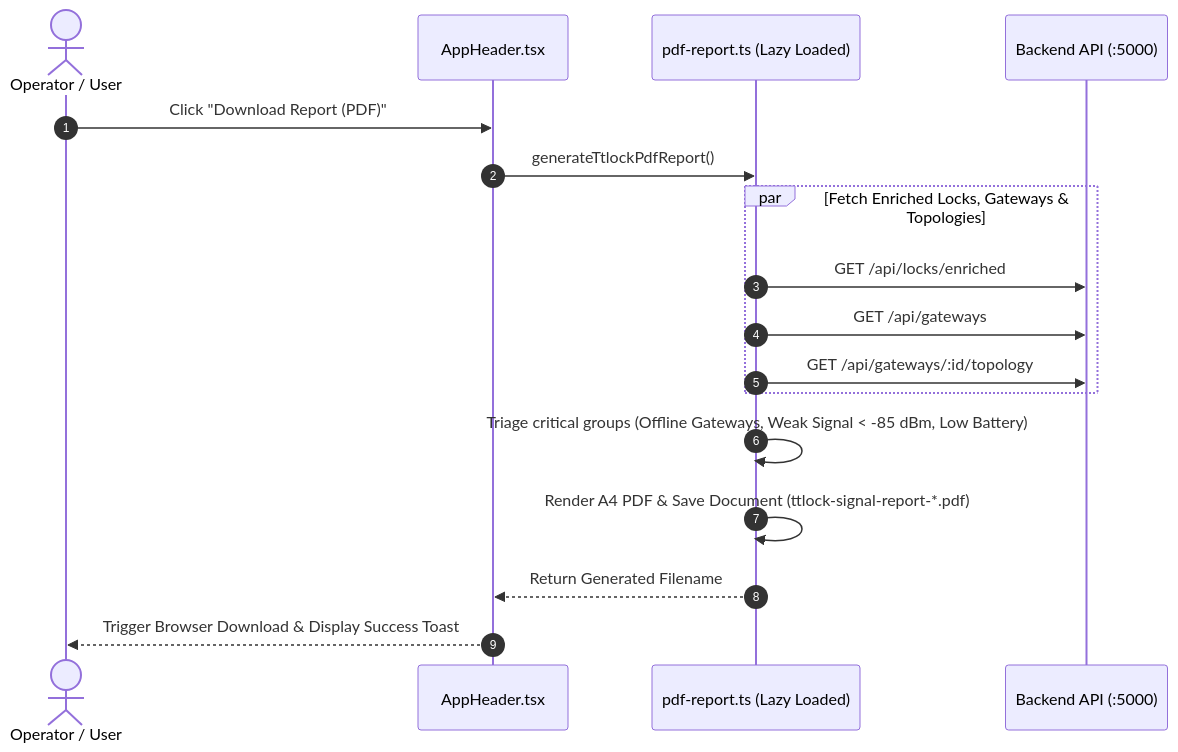
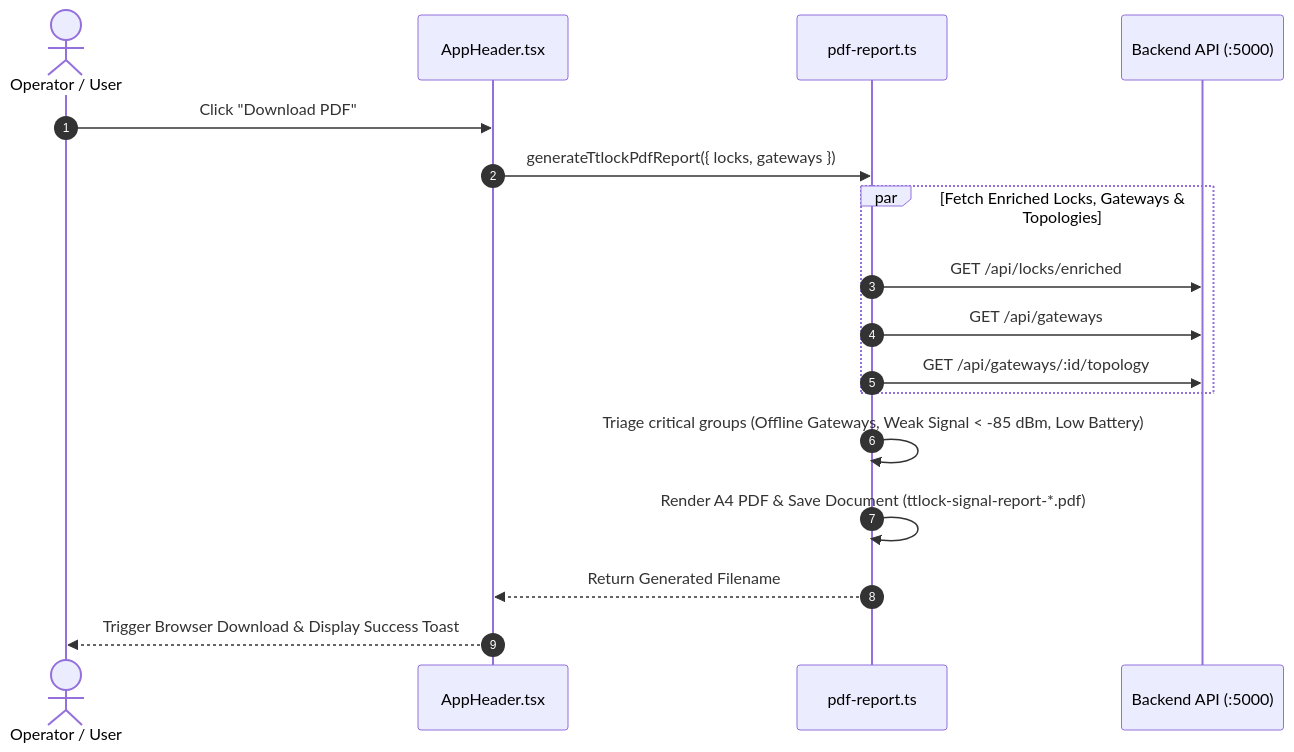
One commit to helmipradita/ttlock-dashboard changed the fifth of 11 diagrams in docs/ARCHITECTURE.md. Above: the diagram before and after it, drawn with Mermaid. The commit also changed other lines of this file and 42 other files, not shown here.

````diff
--- a/docs/ARCHITECTURE.md
+++ b/docs/ARCHITECTURE.md
@@ -135,20 +136,20 @@
 ```mermaid
 sequenceDiagram
     autonumber
     actor User as Operator / User
     participant Header as AppHeader.tsx
-    participant PdfEngine as pdf-report.ts (Lazy Loaded)
+    participant PdfEngine as pdf-report.ts
     participant API as Backend API (:5000)
 
-    User->>Header: Click "Download Report (PDF)"
-    Header->>PdfEngine: generateTtlockPdfReport()
+    User->>Header: Click "Download PDF"
+    Header->>PdfEngine: generateTtlockPdfReport({ locks, gateways })
     par Fetch Enriched Locks, Gateways & Topologies
         PdfEngine->>API: GET /api/locks/enriched
         PdfEngine->>API: GET /api/gateways
         PdfEngine->>API: GET /api/gateways/:id/topology
     end
     PdfEngine->>PdfEngine: Triage critical groups (Offline Gateways, Weak Signal < -85 dBm, Low Battery)
     PdfEngine->>PdfEngine: Render A4 PDF & Save Document (ttlock-signal-report-*.pdf)
     PdfEngine-->>Header: Return Generated Filename
     Header-->>User: Trigger Browser Download & Display Success Toast
 ```
````
